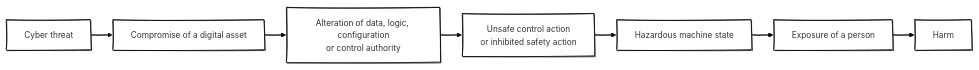
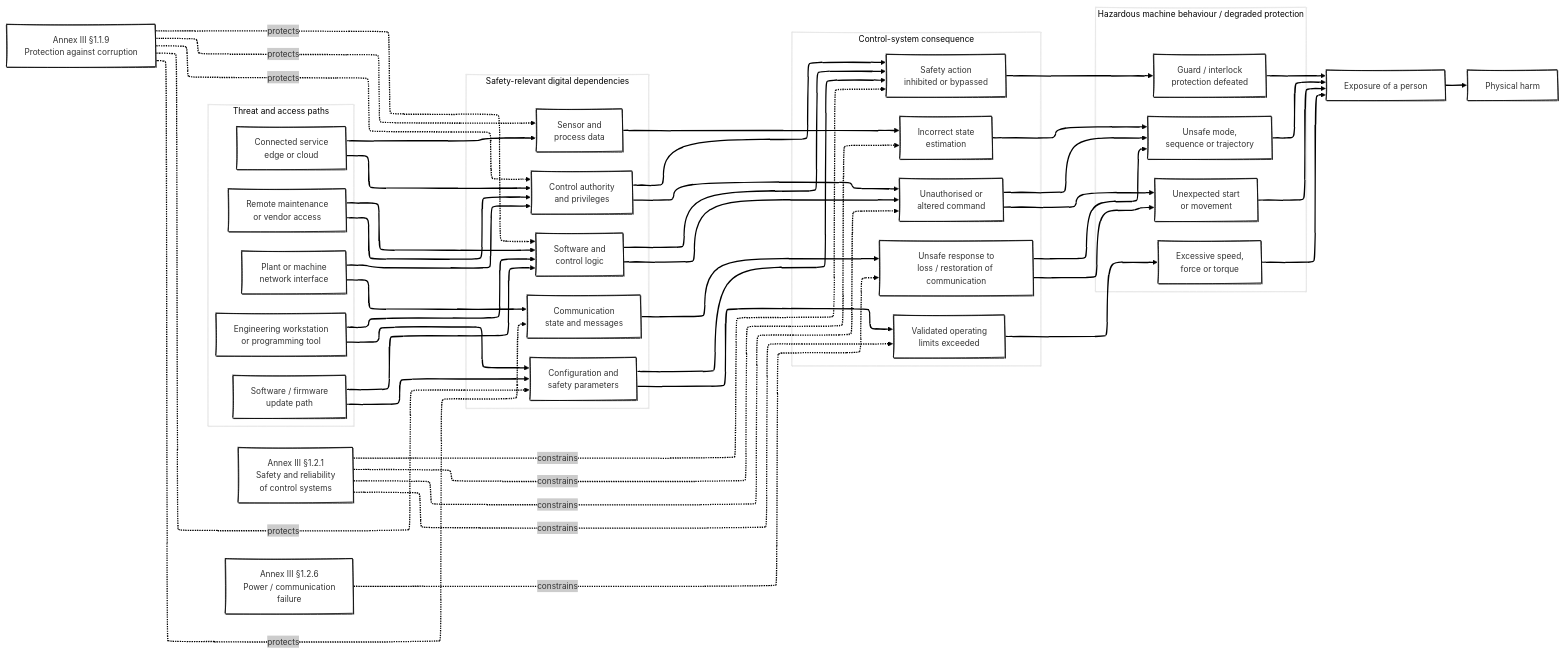
Before and after one commit to antomon/antomon.github.io: the first of 6 diagrams in longforms/eu-machinery-regulation-2023-1230-cyber-physical-safety/index.qmd, drawn with Mermaid. The commit also changed other lines of this file and 55 other files, not shown here.

````diff
--- a/longforms/eu-machinery-regulation-2023-1230-cyber-physical-safety/index.qmd
+++ b/longforms/eu-machinery-regulation-2023-1230-cyber-physical-safety/index.qmd
@@ -137,14 +208,91 @@
 ```{mermaid}
 %%| label: fig-cyber-physical-causal-chain
-%%| fig-cap: "Cyber-physical causal chain from a digital compromise to physical harm."
-%%| fig-alt: "A left-to-right causal chain in which a cyber threat compromises a digital asset, alters data, logic, configuration or control authority, produces an unsafe control action or inhibits a safety action, creates a hazardous machine state, exposes a person and may result in harm."
+%%| fig-cap: "Cyber-physical causal model linking attack paths, corrupted digital dependencies, unsafe control effects and machinery hazards."
+%%| fig-alt: "The diagram shows cyber threats entering through remote access, network interfaces, engineering systems, software updates or connected services. These paths can compromise software, configuration, safety-relevant data, communications or control authority. The resulting effects include altered commands, inhibited safety functions, corrupted sensing and unsafe behaviour under communication failure. Those control effects can create hazardous motion, excessive force or speed, defeated safeguards or unsafe operating states, which may expose people to harm. Annex III sections 1.1.9, 1.2.1 and 1.2.6 constrain different parts of this causal chain."
 %%| fig-align: center
 %%{init: {"theme": "neo", "look": "handDrawn", "layout": "elk"}}%%
 flowchart LR
-    A[Cyber threat] --> B[Compromise of a digital asset]
-    B --> C[Alteration of data, logic, configuration<br/>or control authority]
-    C --> D[Unsafe control action<br/>or inhibited safety action]
-    D --> E[Hazardous machine state]
-    E --> F[Exposure of a person]
-    F --> G[Harm]
+
+    subgraph T["Threat and access paths"]
+        T1[Remote maintenance<br/>or vendor access]
+        T2[Plant or machine<br/>network interface]
+        T3[Engineering workstation<br/>or programming tool]
+        T4[Software / firmware<br/>update path]
+        T5[Connected service<br/>edge or cloud]
+    end
+
+    subgraph D["Safety-relevant digital dependencies"]
+        D1[Software and<br/>control logic]
+        D2[Configuration and<br/>safety parameters]
+        D3[Sensor and<br/>process data]
+        D4[Communication<br/>state and messages]
+        D5[Control authority<br/>and privileges]
+    end
+
+    subgraph C["Control-system consequence"]
+        C1[Unauthorised or<br/>altered command]
+        C2[Safety action<br/>inhibited or bypassed]
+        C3[Incorrect state<br/>estimation]
+        C4[Unsafe response to<br/>loss / restoration of communication]
+        C5[Validated operating<br/>limits exceeded]
+    end
+
+    subgraph H["Hazardous machine behaviour / degraded protection"]
+        H1[Unexpected start<br/>or movement]
+        H2[Excessive speed,<br/>force or torque]
+        H3[Guard / interlock<br/>protection defeated]
+        H4[Unsafe mode,<br/>sequence or trajectory]
+    end
+
+    P[Exposure of a person] --> R[Physical harm]
+
+    T1 --> D5
+    T1 --> D1
+    T2 --> D4
+    T2 --> D5
+    T3 --> D1
+    T3 --> D2
+    T4 --> D1
+    T4 --> D2
+    T5 --> D3
+    T5 --> D5
+
+    D1 --> C1
+    D1 --> C2
+    D2 --> C2
+    D2 --> C5
+    D3 --> C3
+    D4 --> C4
+    D5 --> C1
+    D5 --> C2
+
+    C1 --> H1
+    C1 --> H4
+    C2 --> H3
+    C3 --> H4
+    C4 --> H1
+    C4 --> H4
+    C5 --> H2
+
+    H1 --> P
+    H2 --> P
+    H3 --> P
+    H4 --> P
+
+    E119["Annex III §1.1.9<br/>Protection against corruption"]
+    E121["Annex III §1.2.1<br/>Safety and reliability<br/>of control systems"]
+    E126["Annex III §1.2.6<br/>Power / communication<br/>failure"]
+
+    E119 -. protects .-> D1
+    E119 -. protects .-> D2
+    E119 -. protects .-> D3
+    E119 -. protects .-> D4
+    E119 -. protects .-> D5
+
+    E121 -. constrains .-> C1
+    E121 -. constrains .-> C2
+    E121 -. constrains .-> C3
+    E121 -. constrains .-> C5
+
+    E126 -. constrains .-> C4
 ```
````
